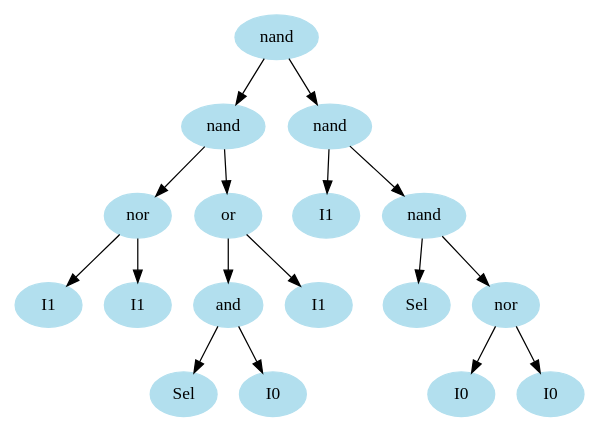
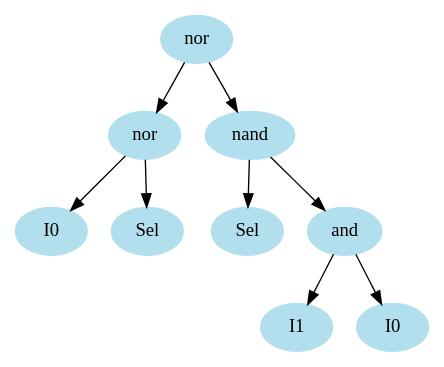
The diagram in temp/Final_AST.gv (king2b3/GP), drawn with Graphviz before and after one commit. The commit also changed 5 other files, not shown here.

```diff
--- a/temp/Final_AST.gv
+++ b/temp/Final_AST.gv
@@ -1,37 +1,21 @@
 digraph unix {
 	node [color=lightblue2 style=filled]
 	size="6,6"
-	gate_0 [label=nand]
-	gate_1 [label=nand]
-	gate_2 [label=nor]
-	ins_0 [label=I1]
-	ins_1 [label=I1]
-	gate_3 [label=or]
-	gate_4 [label=and]
+	gate_0 [label=nor]
+	gate_1 [label=nor]
+	ins_0 [label=I0]
+	ins_1 [label=Sel]
+	gate_2 [label=nand]
 	ins_2 [label=Sel]
-	ins_3 [label=I0]
-	ins_4 [label=I1]
-	gate_5 [label=nand]
-	ins_5 [label=I1]
-	gate_6 [label=nand]
-	ins_6 [label=Sel]
-	gate_7 [label=nor]
-	ins_7 [label=I0]
-	ins_8 [label=I0]
+	gate_3 [label=and]
+	ins_3 [label=I1]
+	ins_4 [label=I0]
 	gate_0 -> gate_1
-	gate_0 -> gate_5
-	gate_1 -> gate_2
-	gate_1 -> gate_3
-	gate_2 -> ins_0
-	gate_2 -> ins_1
-	gate_3 -> gate_4
+	gate_0 -> gate_2
+	gate_1 -> ins_0
+	gate_1 -> ins_1
+	gate_2 -> ins_2
+	gate_2 -> gate_3
+	gate_3 -> ins_3
 	gate_3 -> ins_4
-	gate_4 -> ins_2
-	gate_4 -> ins_3
-	gate_5 -> ins_5
-	gate_5 -> gate_6
-	gate_6 -> ins_6
-	gate_6 -> gate_7
-	gate_7 -> ins_7
-	gate_7 -> ins_8
 }
```
